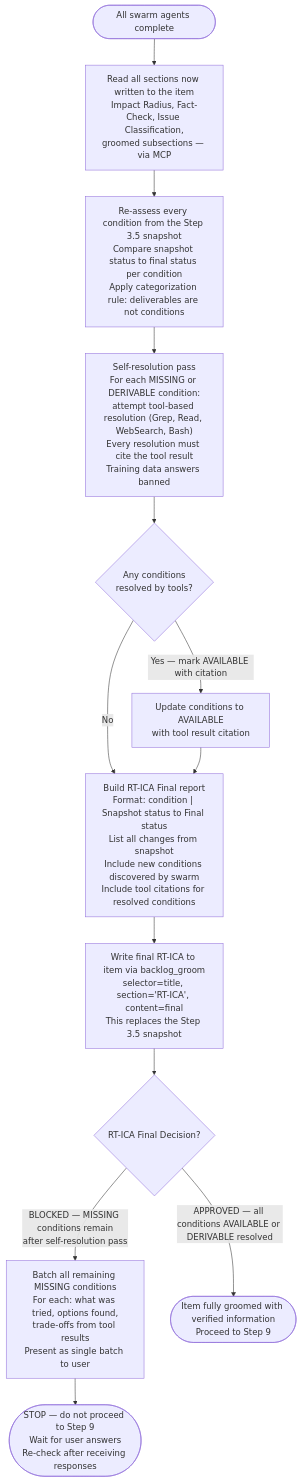
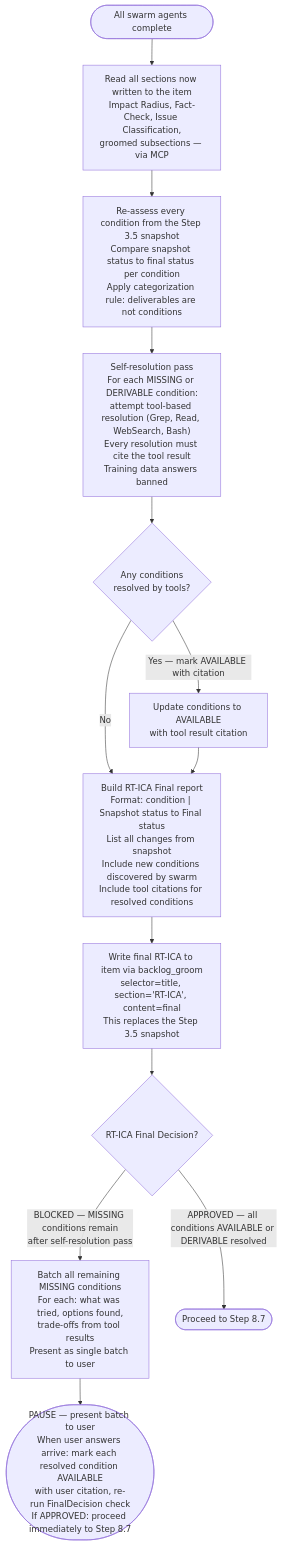
Before and after one commit to chgreer1070/claude_skills: the sixth of 6 diagrams in plugins/development-harness/skills/groom-backlog-item/SKILL.md, drawn with Mermaid. The commit also changed other lines of this file and 11 other files, not shown here.

````diff
--- a/plugins/development-harness/skills/groom-backlog-item/SKILL.md
+++ b/plugins/development-harness/skills/groom-backlog-item/SKILL.md
@@ -395,15 +395,15 @@
 ```mermaid
 flowchart TD
     SwarmDone(["All swarm agents complete"]) --> ReadAll["Read all sections now written to the item<br>Impact Radius, Fact-Check, Issue Classification,<br>groomed subsections — via MCP"]
     ReadAll --> ReAssess["Re-assess every condition from the Step 3.5 snapshot<br>Compare snapshot status to final status per condition<br>Apply categorization rule: deliverables are not conditions"]
     ReAssess --> ResolutionPass["Self-resolution pass<br>For each MISSING or DERIVABLE condition:<br>attempt tool-based resolution (Grep, Read, WebSearch, Bash)<br>Every resolution must cite the tool result<br>Training data answers banned"]
     ResolutionPass --> ResolvedAny{"Any conditions<br>resolved by tools?"}
     ResolvedAny -->|"Yes — mark AVAILABLE with citation"| UpdateConditions["Update conditions to AVAILABLE<br>with tool result citation"]
     ResolvedAny -->|"No"| BuildFinal
     UpdateConditions --> BuildFinal["Build RT-ICA Final report<br>Format: condition | Snapshot status to Final status<br>List all changes from snapshot<br>Include new conditions discovered by swarm<br>Include tool citations for resolved conditions"]
     BuildFinal --> WriteRTICA["Write final RT-ICA to item via backlog_groom<br>selector=title, section='RT-ICA', content=final<br>This replaces the Step 3.5 snapshot"]
     WriteRTICA --> FinalDecision{"RT-ICA Final Decision?"}
     FinalDecision -->|"BLOCKED — MISSING conditions remain<br>after self-resolution pass"| BlockedBatch["Batch all remaining MISSING conditions<br>For each: what was tried, options found,<br>trade-offs from tool results<br>Present as single batch to user"]
-    BlockedBatch --> BlockedStop(["STOP — do not proceed to Step 9<br>Wait for user answers<br>Re-check after receiving responses"])
-    FinalDecision -->|"APPROVED — all conditions AVAILABLE or DERIVABLE resolved"| Proceed(["Item fully groomed with verified information<br>Proceed to Step 9"])
+    BlockedBatch --> BlockedStop(["PAUSE — present batch to user<br>When user answers arrive: mark each resolved condition AVAILABLE<br>with user citation, re-run FinalDecision check<br>If APPROVED: proceed immediately to Step 8.7"])
+    FinalDecision -->|"APPROVED — all conditions AVAILABLE or DERIVABLE resolved"| Proceed(["Proceed to Step 8.7"])
 ```
````
